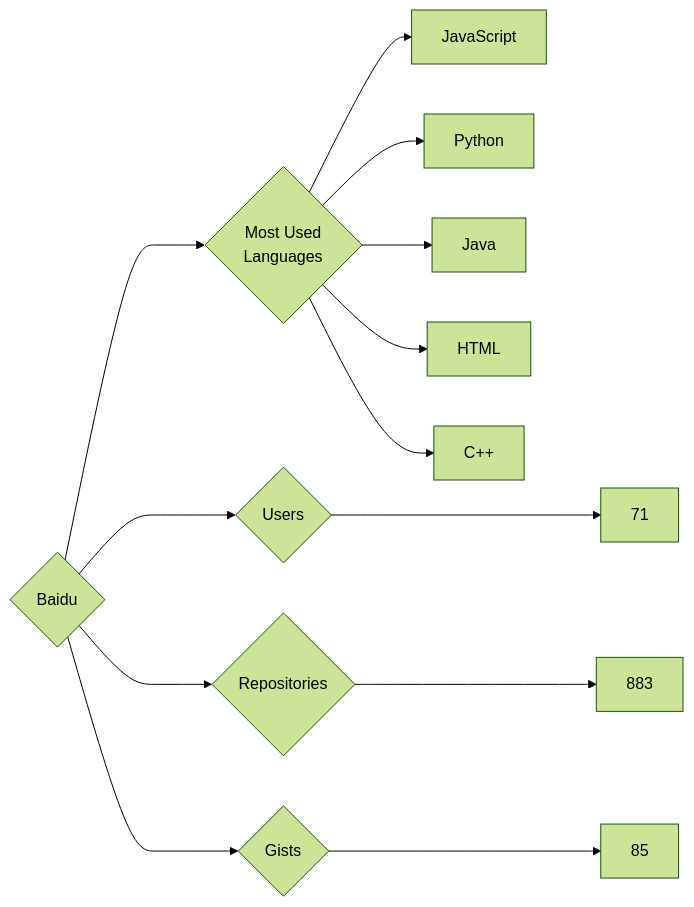
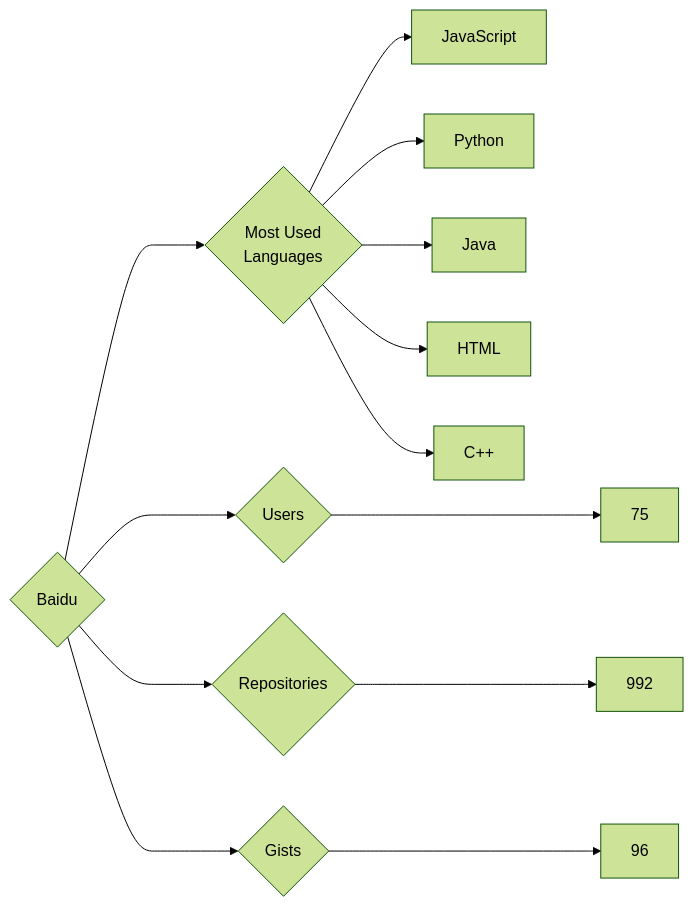
Before and after one commit to trickest/insiders: the diagram in targets/Baidu/README.md, drawn with Mermaid (forest theme). The commit also changed 860 other files, not shown here.

````diff
--- a/targets/Baidu/README.md
+++ b/targets/Baidu/README.md
@@ -3,13 +3,13 @@
 ```mermaid
 graph LR
 COMPANY_NAME{Baidu}
-COMPANY_NAME ---> U{Users} ---> UN[71]
-COMPANY_NAME ---> R{Repositories} ---> RN[883]
-COMPANY_NAME ---> G{Gists} ---> GN[85]
+COMPANY_NAME ---> U{Users} ---> UN[75]
+COMPANY_NAME ---> R{Repositories} ---> RN[992]
+COMPANY_NAME ---> G{Gists} ---> GN[96]
 COMPANY_NAME ---> ML{Most Used<br>Languages}
 ML --> JavaScript[JavaScript]
 ML --> Python[Python]
 ML --> Java[Java]
 ML --> HTML[HTML]
 ML --> C++[C++]
 ```
````
